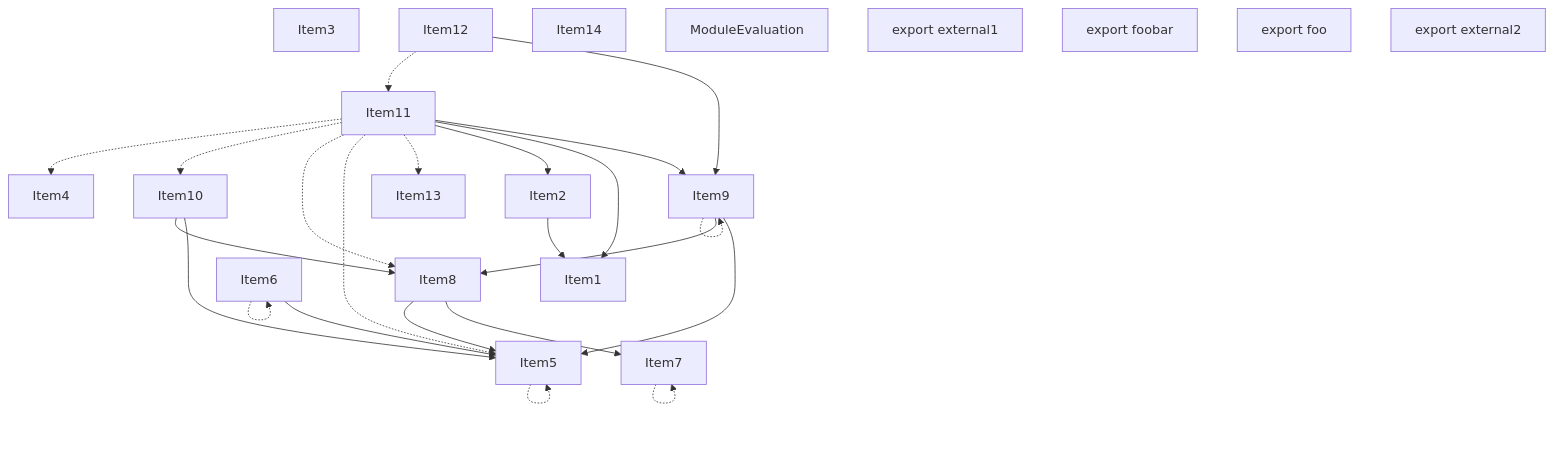
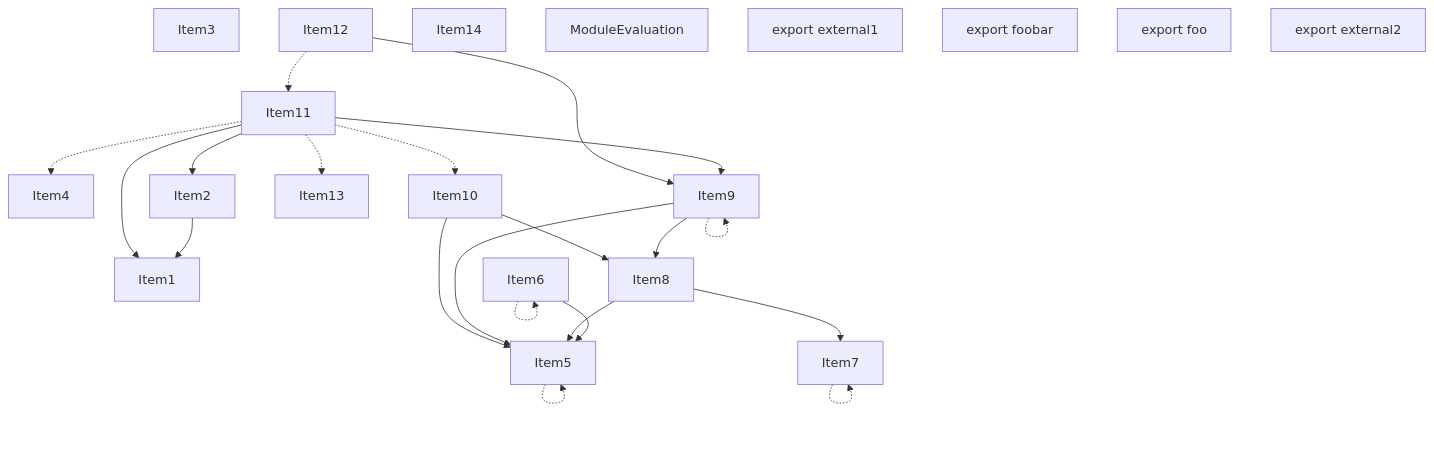
One commit to vercel/turborepo changed the second of 5 diagrams in crates/turbopack-ecmascript/tests/tree-shaker/analyzer/2/output.md. Above: the diagram before and after it, drawn with Mermaid. The commit also changed other lines of this file and 20 other files, not shown here.

````diff
--- a/crates/turbopack-ecmascript/tests/tree-shaker/analyzer/2/output.md
+++ b/crates/turbopack-ecmascript/tests/tree-shaker/analyzer/2/output.md
@@ -189,49 +189,47 @@
 ```mermaid
 graph TD
     Item3;
     Item1;
     Item4;
     Item5;
     Item6;
     Item7;
     Item8;
     Item9;
     Item10;
     Item11;
     Item12;
     Item13;
     Item14;
     Item2;
     Item15;
     Item15["ModuleEvaluation"];
     Item16;
     Item16["export external1"];
     Item17;
     Item17["export foobar"];
     Item18;
     Item18["export foo"];
     Item19;
     Item19["export external2"];
     Item2 --> Item1;
     Item5 -.-> Item5;
     Item6 --> Item5;
     Item6 -.-> Item6;
     Item7 -.-> Item7;
     Item8 --> Item7;
     Item8 --> Item5;
+    Item9 --> Item8;
     Item9 --> Item5;
-    Item9 --> Item8;
     Item9 -.-> Item9;
+    Item10 --> Item8;
     Item10 --> Item5;
-    Item10 --> Item8;
     Item11 --> Item9;
     Item11 --> Item1;
     Item11 --> Item2;
     Item11 -.-> Item13;
-    Item11 -.-> Item5;
-    Item11 -.-> Item8;
     Item11 -.-> Item10;
     Item11 -.-> Item4;
     Item12 --> Item9;
     Item12 -.-> Item11;
 ```
````
